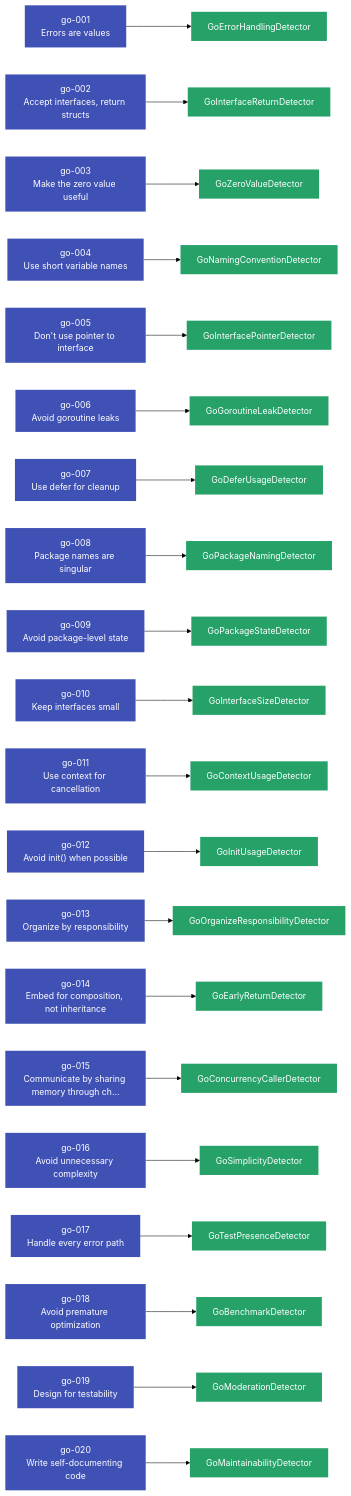
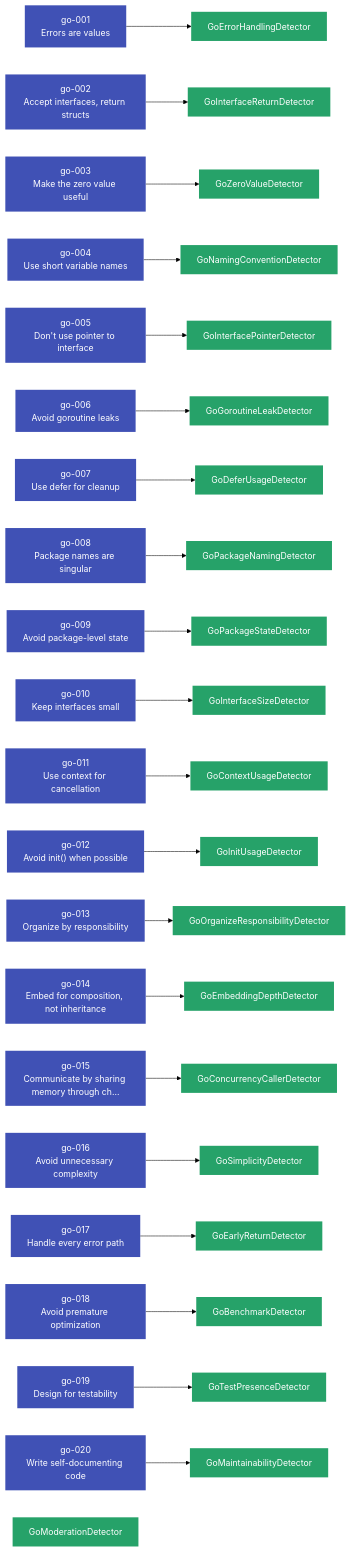
Before and after one commit to Anselmoo/mcp-zen-of-languages: the diagram in docs/user-guide/languages/go.md, drawn with Mermaid (forest theme). The commit also changed other lines of this file and 20 other files, not shown here.

```diff
--- a/docs/user-guide/languages/go.md
+++ b/docs/user-guide/languages/go.md
@@ -454,7 +460,9 @@
     det_GoDeferUsageDetector["GoDeferUsageDetector"]
     go_007 --> det_GoDeferUsageDetector
     det_GoEarlyReturnDetector["GoEarlyReturnDetector"]
-    go_014 --> det_GoEarlyReturnDetector
+    go_017 --> det_GoEarlyReturnDetector
+    det_GoEmbeddingDepthDetector["GoEmbeddingDepthDetector"]
+    go_014 --> det_GoEmbeddingDepthDetector
     det_GoErrorHandlingDetector["GoErrorHandlingDetector"]
     go_001 --> det_GoErrorHandlingDetector
     det_GoGoroutineLeakDetector["GoGoroutineLeakDetector"]
@@ -470,7 +478,6 @@
     det_GoMaintainabilityDetector["GoMaintainabilityDetector"]
     go_020 --> det_GoMaintainabilityDetector
     det_GoModerationDetector["GoModerationDetector"]
-    go_019 --> det_GoModerationDetector
     det_GoNamingConventionDetector["GoNamingConventionDetector"]
     go_004 --> det_GoNamingConventionDetector
     det_GoOrganizeResponsibilityDetector["GoOrganizeResponsibilityDetector"]
@@ -482,7 +489,7 @@
     det_GoSimplicityDetector["GoSimplicityDetector"]
     go_016 --> det_GoSimplicityDetector
     det_GoTestPresenceDetector["GoTestPresenceDetector"]
-    go_017 --> det_GoTestPresenceDetector
+    go_019 --> det_GoTestPresenceDetector
     det_GoZeroValueDetector["GoZeroValueDetector"]
     go_003 --> det_GoZeroValueDetector
     classDef principle fill:#4051b5,color:#fff,stroke:none
@@ -512,6 +519,7 @@
     class det_GoContextUsageDetector detector
     class det_GoDeferUsageDetector detector
     class det_GoEarlyReturnDetector detector
+    class det_GoEmbeddingDepthDetector detector
     class det_GoErrorHandlingDetector detector
     class det_GoGoroutineLeakDetector detector
     class det_GoInitUsageDetector detector
```
